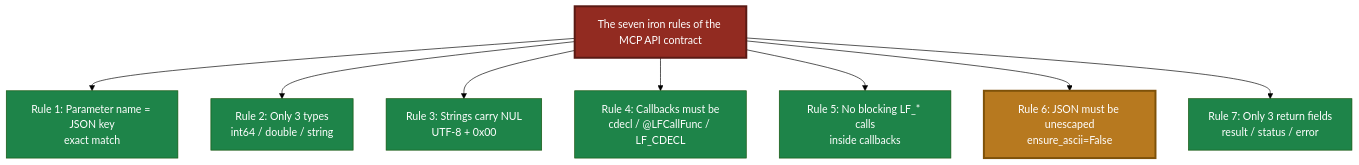
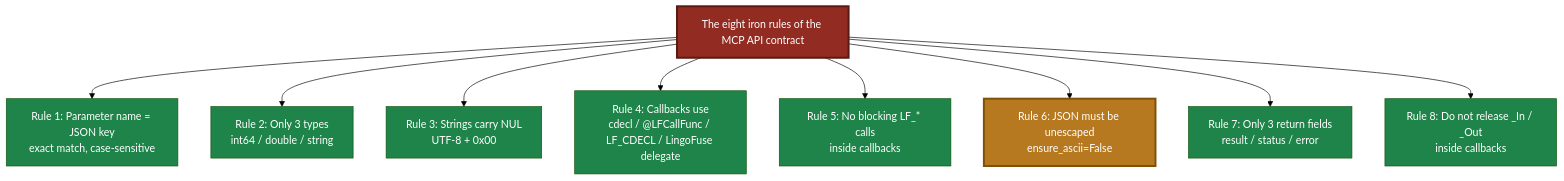
Before and after one commit to PassByYou888/LingoFuse-Tools: the second of 13 diagrams in src/pascal_c_to_mcp/MCP_API_Contract.md, drawn with Mermaid (forest theme). The commit also changed other lines of this file and 35 other files, not shown here.

````diff
--- a/src/pascal_c_to_mcp/MCP_API_Contract.md
+++ b/src/pascal_c_to_mcp/MCP_API_Contract.md
@@ -90,20 +94,22 @@
 ```mermaid
 flowchart TD
-    R["The seven iron rules of the MCP API contract"]
-    R --> L1["Rule 1: Parameter name = JSON key<br/>exact match"]
+    R["The eight iron rules of the MCP API contract"]
+    R --> L1["Rule 1: Parameter name = JSON key<br/>exact match, case-sensitive"]
     R --> L2["Rule 2: Only 3 types<br/>int64 / double / string"]
     R --> L3["Rule 3: Strings carry NUL<br/>UTF-8 + 0x00"]
-    R --> L4["Rule 4: Callbacks must be<br/>cdecl / @LFCallFunc / LF_CDECL"]
+    R --> L4["Rule 4: Callbacks use<br/>cdecl / @LFCallFunc / LF_CDECL / LingoFuse delegate"]
     R --> L5["Rule 5: No blocking LF_* calls<br/>inside callbacks"]
     R --> L6["Rule 6: JSON must be unescaped<br/>ensure_ascii=False"]
     R --> L7["Rule 7: Only 3 return fields<br/>result / status / error"]
+    R --> L8["Rule 8: Do not release _In / _Out<br/>inside callbacks"]
 
     style R fill:#922B21,stroke:#5A1A14,stroke-width:3px,color:#FFFFFF
     style L6 fill:#B7791F,stroke:#7E5109,stroke-width:3px,color:#FFFFFF
     style L1 fill:#1E8449,color:#FFFFFF
     style L2 fill:#1E8449,color:#FFFFFF
     style L3 fill:#1E8449,color:#FFFFFF
     style L4 fill:#1E8449,color:#FFFFFF
     style L5 fill:#1E8449,color:#FFFFFF
     style L7 fill:#1E8449,color:#FFFFFF
+    style L8 fill:#1E8449,color:#FFFFFF
 ```
````
